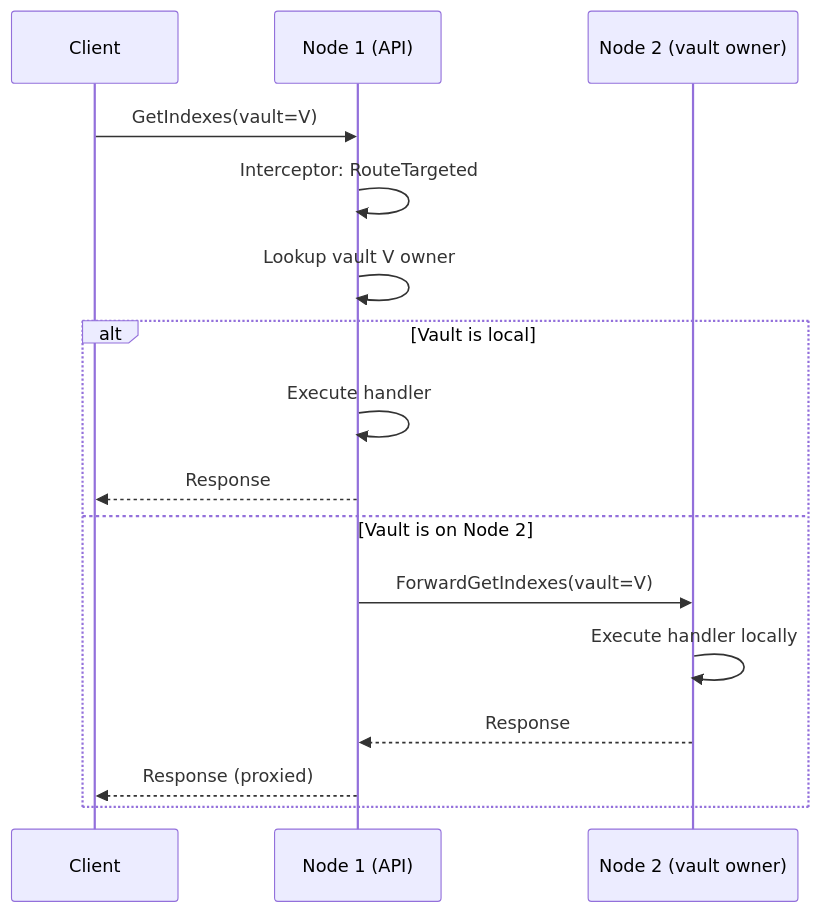
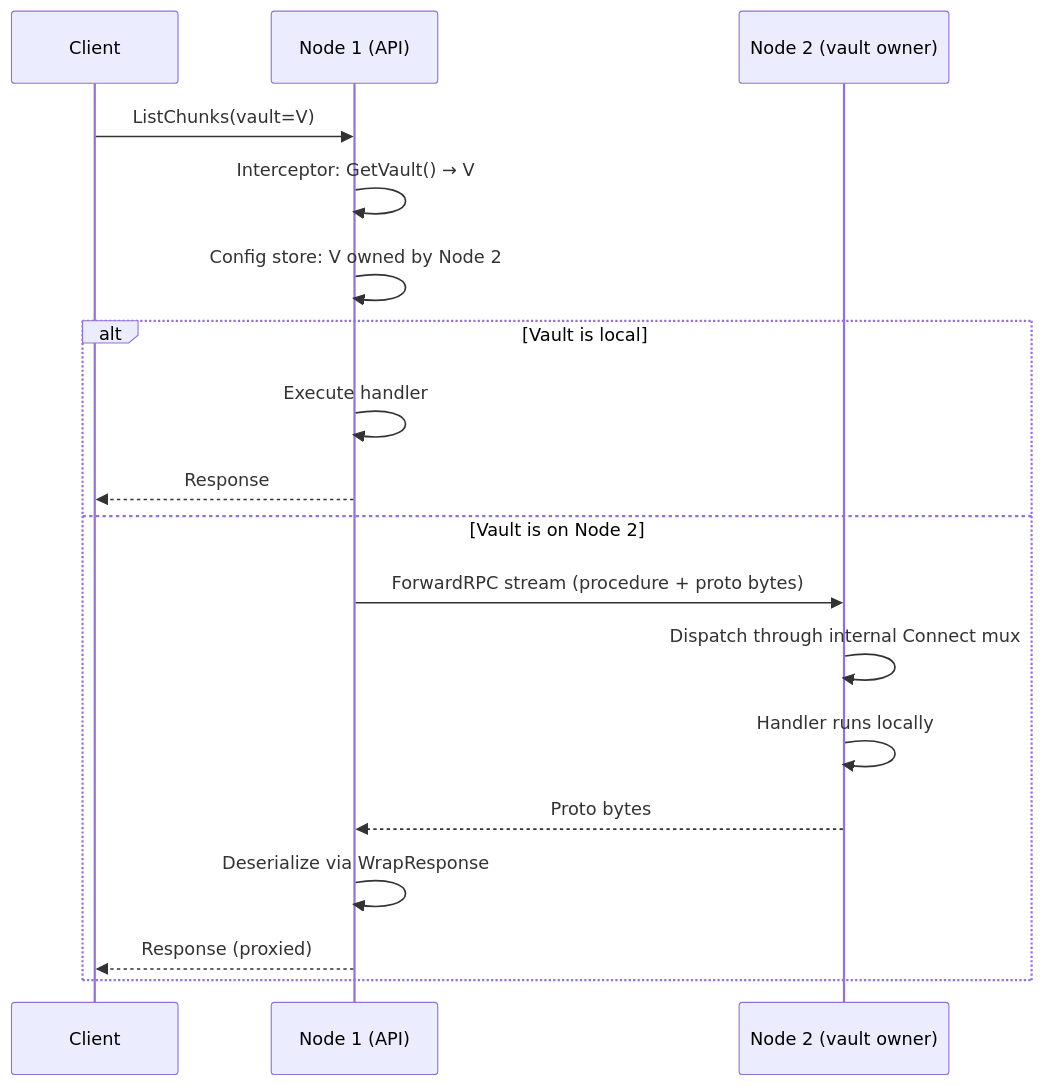
Before and after one commit to kluzzebass/gastrolog: the second of 3 diagrams in docs/cluster_routing.md, drawn with Mermaid. The commit also changed other lines of this file and 13 other files, not shown here.

First line of the commit message:
feat: wire routing layer into server, remove handler-level vault forwarding

````diff
--- a/docs/cluster_routing.md
+++ b/docs/cluster_routing.md
@@ -43,19 +54,21 @@
 ```mermaid
 sequenceDiagram
     participant Client
     participant Node1 as Node 1 (API)
     participant Node2 as Node 2 (vault owner)
 
-    Client->>Node1: GetIndexes(vault=V)
-    Node1->>Node1: Interceptor: RouteTargeted
-    Node1->>Node1: Lookup vault V owner
+    Client->>Node1: ListChunks(vault=V)
+    Node1->>Node1: Interceptor: GetVault() → V
+    Node1->>Node1: Config store: V owned by Node 2
     alt Vault is local
         Node1->>Node1: Execute handler
         Node1-->>Client: Response
     else Vault is on Node 2
-        Node1->>Node2: ForwardGetIndexes(vault=V)
-        Node2->>Node2: Execute handler locally
-        Node2-->>Node1: Response
+        Node1->>Node2: ForwardRPC stream (procedure + proto bytes)
+        Node2->>Node2: Dispatch through internal Connect mux
+        Node2->>Node2: Handler runs locally
+        Node2-->>Node1: Proto bytes
+        Node1->>Node1: Deserialize via WrapResponse
         Node1-->>Client: Response (proxied)
     end
 ```
````
